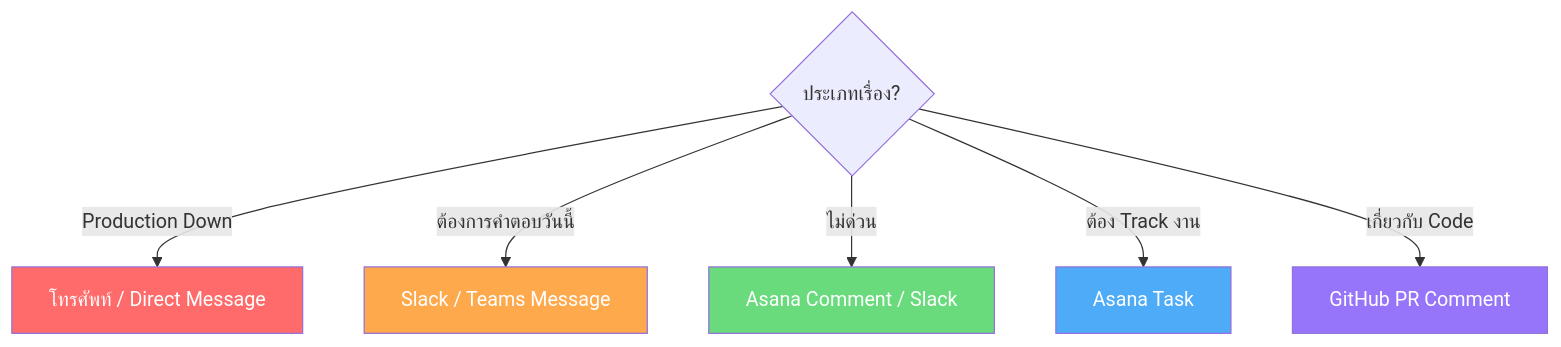
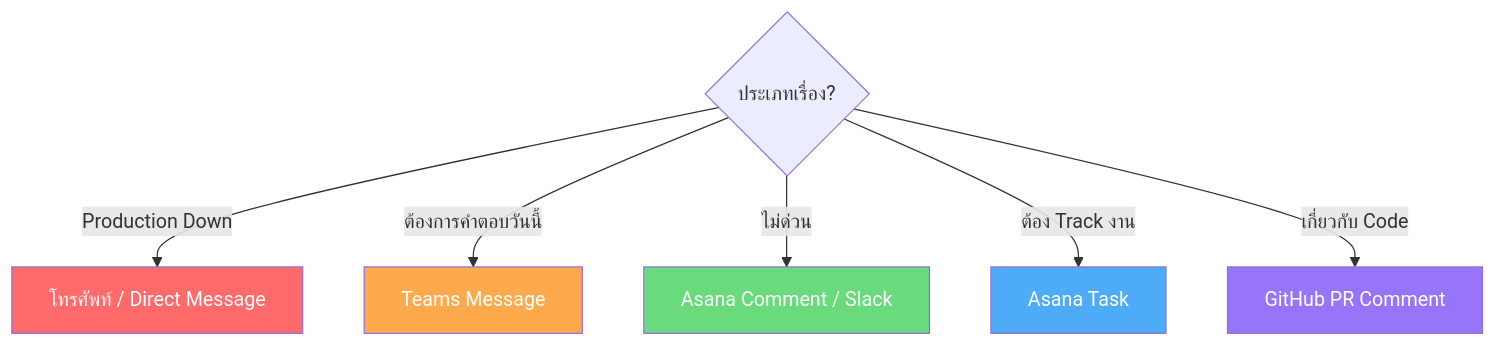
The third of 3 diagrams in documentation/00_ONBOARDING/0.1_Welcome_Guide.md (Siam-GS-Battery/SOP-SDLC-PLAN), drawn with Mermaid before and after one commit. The commit also changed other lines of this file and 1 other file, not shown here.

````diff
--- a/documentation/00_ONBOARDING/0.1_Welcome_Guide.md
+++ b/documentation/00_ONBOARDING/0.1_Welcome_Guide.md
@@ -173,16 +173,16 @@
 ```mermaid
 flowchart TD
     Start{ประเภทเรื่อง?}
 
     Start -->|Production Down| A[โทรศัพท์ / Direct Message]
-    Start -->|ต้องการคำตอบวันนี้| B[Slack / Teams Message]
+    Start -->|ต้องการคำตอบวันนี้| B[ Teams Message]
     Start -->|ไม่ด่วน| C[Asana Comment / Slack]
     Start -->|ต้อง Track งาน| D[Asana Task]
     Start -->|เกี่ยวกับ Code| E[GitHub PR Comment]
 
     style A fill:#ff6b6b,color:#fff
     style B fill:#ffa94d,color:#fff
     style C fill:#69db7c,color:#fff
     style D fill:#4dabf7,color:#fff
     style E fill:#9775fa,color:#fff
 ```
````
